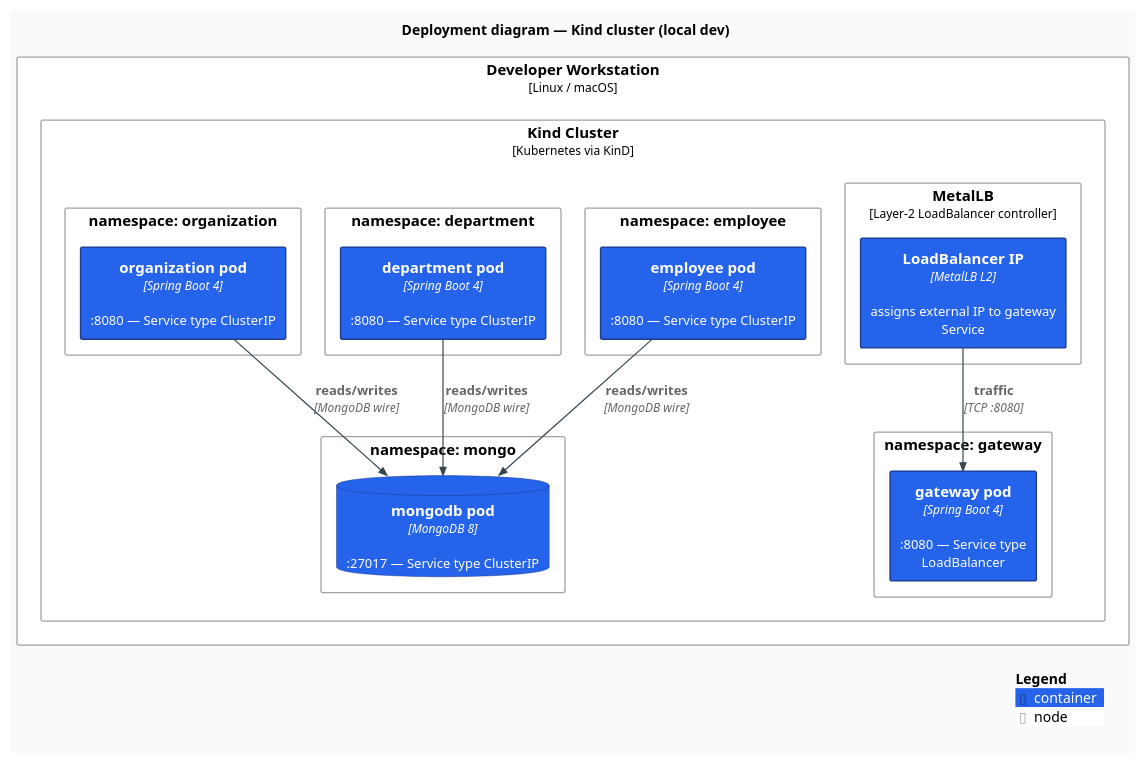
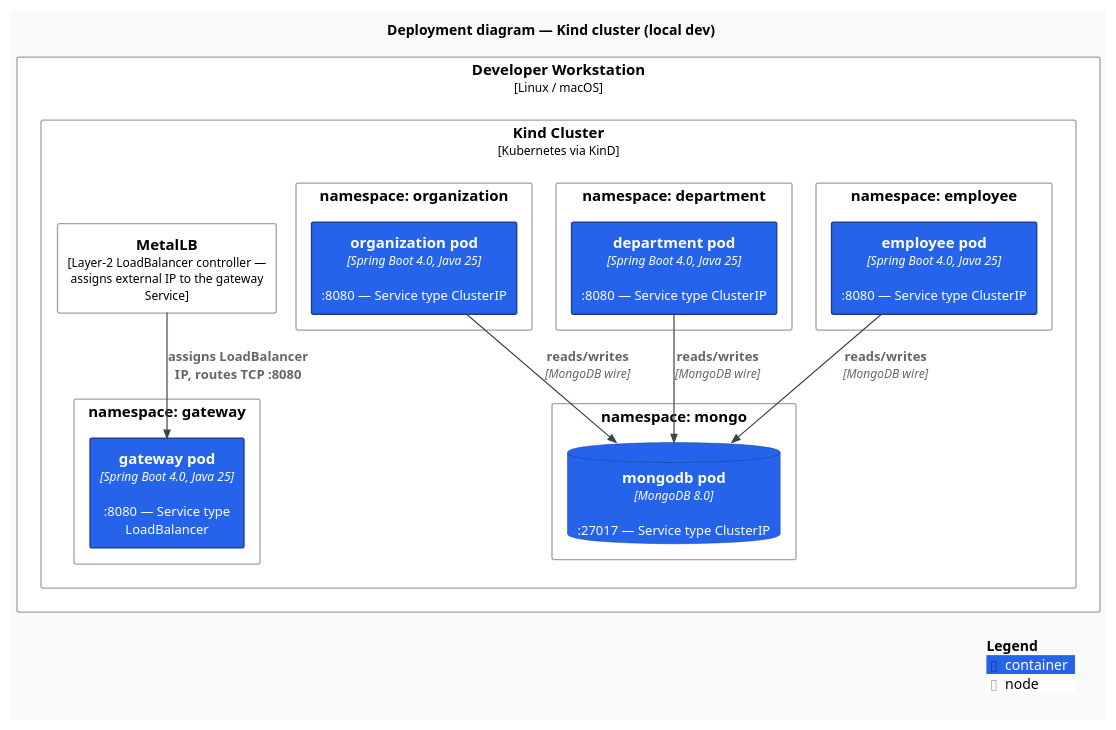
The diagram in docs/diagrams/c4-deployment.puml (AndriyKalashnykov/spring-microservices-k8s), drawn with PlantUML before and after one commit. The commit also changed 9 other files, not shown here.

First line of the commit message:
docs: project-review follow-ups (Makefile, diagrams, README, CLAUDE.md)

```diff
--- a/docs/diagrams/c4-deployment.puml
+++ b/docs/diagrams/c4-deployment.puml
@@ -1,51 +1,49 @@
 @startuml c4-deployment
 !include https://raw.githubusercontent.com/plantuml-stdlib/C4-PlantUML/v2.11.0/C4_Deployment.puml
 
 ' Modern flat styling: no shadows, sharper corners, clean sans-serif, modern palette.
 skinparam backgroundColor #FAFAFA
 skinparam shadowing false
 skinparam roundCorner 4
 skinparam defaultFontName "Inter, Helvetica, Arial, sans-serif"
 skinparam defaultFontSize 13
 skinparam ArrowColor #37474F
 skinparam ArrowThickness 1.2
 skinparam rectangleBorderThickness 1.3
 
 UpdateElementStyle("container",   $fontColor="#FFFFFF", $bgColor="#2563EB", $borderColor="#1E3A8A")
 UpdateElementStyle("container_db",$fontColor="#FFFFFF", $bgColor="#7C3AED", $borderColor="#4C1D95")
 UpdateBoundaryStyle($bgColor="#F1F5F9", $borderColor="#94A3B8", $fontColor="#1E293B")
 
 title Deployment diagram — Kind cluster (local dev)
 
 Deployment_Node(host, "Developer Workstation", "Linux / macOS") {
     Deployment_Node(kind, "Kind Cluster", "Kubernetes via KinD") {
 
-        Deployment_Node(metallb, "MetalLB", "Layer-2 LoadBalancer controller") {
-            Container(lb, "LoadBalancer IP", "MetalLB L2", "assigns external IP to gateway Service")
-        }
+        Deployment_Node(metallb, "MetalLB", "Layer-2 LoadBalancer controller — assigns external IP to the gateway Service")
 
         Deployment_Node(ns_gw, "namespace: gateway") {
-            Container(gateway_pod, "gateway pod", "Spring Boot 4", ":8080 — Service type LoadBalancer")
+            Container(gateway_pod, "gateway pod", "Spring Boot 4.0, Java 25", ":8080 — Service type LoadBalancer")
         }
         Deployment_Node(ns_emp, "namespace: employee") {
-            Container(employee_pod, "employee pod", "Spring Boot 4", ":8080 — Service type ClusterIP")
+            Container(employee_pod, "employee pod", "Spring Boot 4.0, Java 25", ":8080 — Service type ClusterIP")
         }
         Deployment_Node(ns_dept, "namespace: department") {
-            Container(department_pod, "department pod", "Spring Boot 4", ":8080 — Service type ClusterIP")
+            Container(department_pod, "department pod", "Spring Boot 4.0, Java 25", ":8080 — Service type ClusterIP")
         }
         Deployment_Node(ns_org, "namespace: organization") {
-            Container(organization_pod, "organization pod", "Spring Boot 4", ":8080 — Service type ClusterIP")
+            Container(organization_pod, "organization pod", "Spring Boot 4.0, Java 25", ":8080 — Service type ClusterIP")
         }
         Deployment_Node(ns_mongo, "namespace: mongo") {
-            ContainerDb(mongo_pod, "mongodb pod", "MongoDB 8", ":27017 — Service type ClusterIP")
+            ContainerDb(mongo_pod, "mongodb pod", "MongoDB 8.0", ":27017 — Service type ClusterIP")
         }
     }
 }
 
-Rel(lb, gateway_pod, "traffic", "TCP :8080")
+Rel(metallb, gateway_pod, "assigns LoadBalancer IP, routes TCP :8080")
 Rel_D(employee_pod,     mongo_pod, "reads/writes", "MongoDB wire")
 Rel_D(department_pod,   mongo_pod, "reads/writes", "MongoDB wire")
 Rel_D(organization_pod, mongo_pod, "reads/writes", "MongoDB wire")
 
 SHOW_LEGEND()
 @enduml
```
